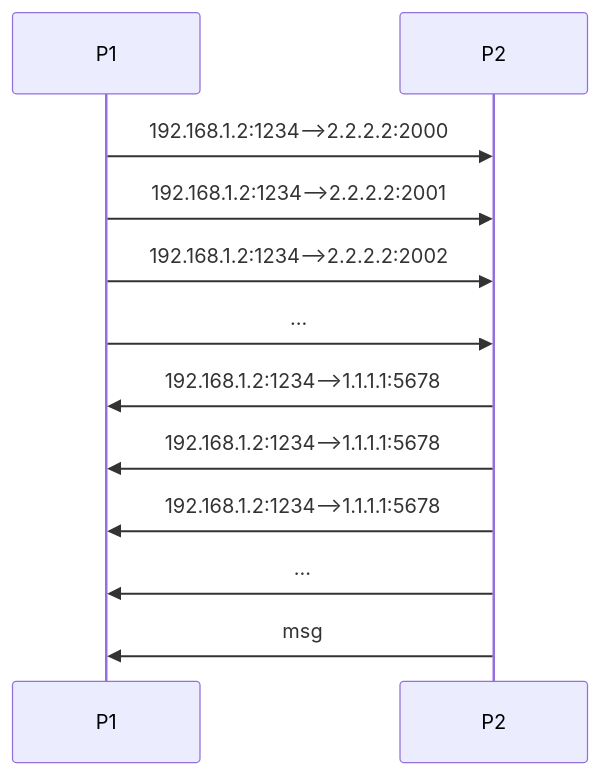
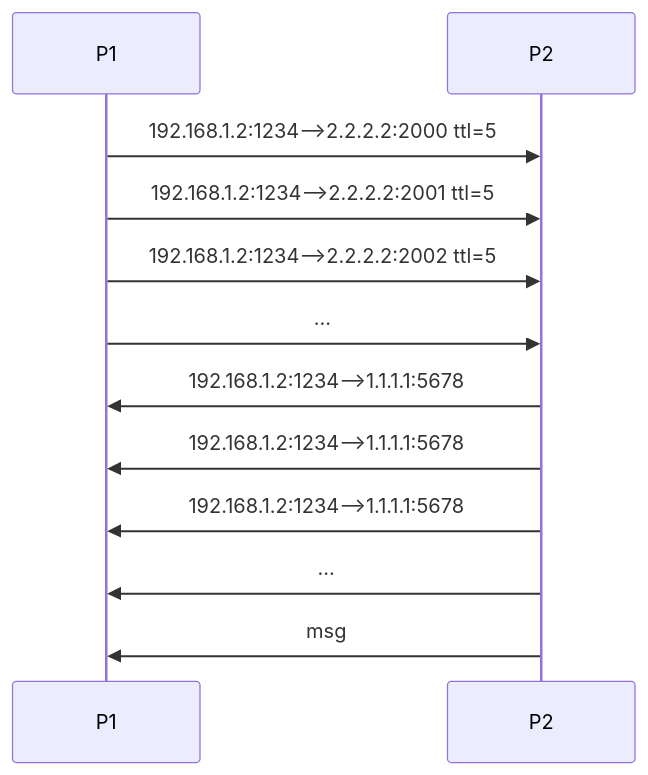
One commit to 1314liuwei/blog changed the third of 3 diagrams in docs/计算机网络/NAT 穿透.md. Above: the diagram before and after it, drawn with Mermaid. The commit also changed other lines of this file, not shown here.

Commit message:
2023/04/24 周一

`````diff
--- a/docs/计算机网络/NAT 穿透.md
+++ b/docs/计算机网络/NAT 穿透.md
@@ -52,12 +52,12 @@
 ``` mermaid
 sequenceDiagram
-    P1->>P2: 192.168.1.2:1234-->2.2.2.2:2000 
-    P1->>P2: 192.168.1.2:1234-->2.2.2.2:2001 
-    P1->>P2: 192.168.1.2:1234-->2.2.2.2:2002 
+    P1->>P2: 192.168.1.2:1234-->2.2.2.2:2000 ttl=5
+    P1->>P2: 192.168.1.2:1234-->2.2.2.2:2001 ttl=5
+    P1->>P2: 192.168.1.2:1234-->2.2.2.2:2002 ttl=5
     P1->>P2: ...
     P2->>P1: 192.168.1.2:1234-->1.1.1.1:5678
     P2->>P1: 192.168.1.2:1234-->1.1.1.1:5678
     P2->>P1: 192.168.1.2:1234-->1.1.1.1:5678
     P2->>P1: ...
     P2->>P1: msg
-````
+```
`````
